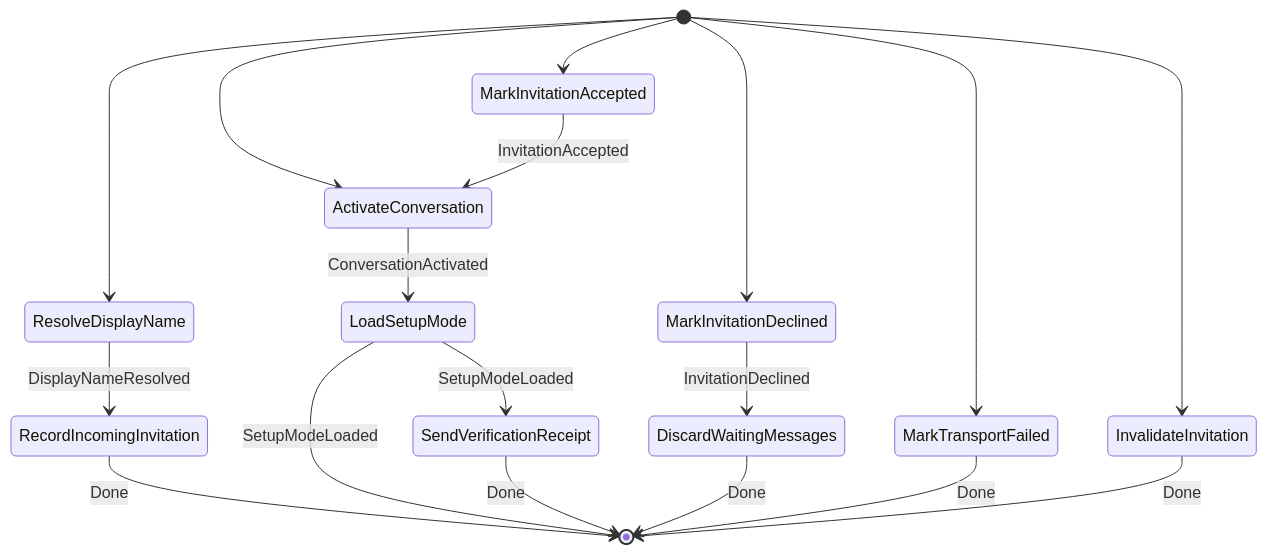
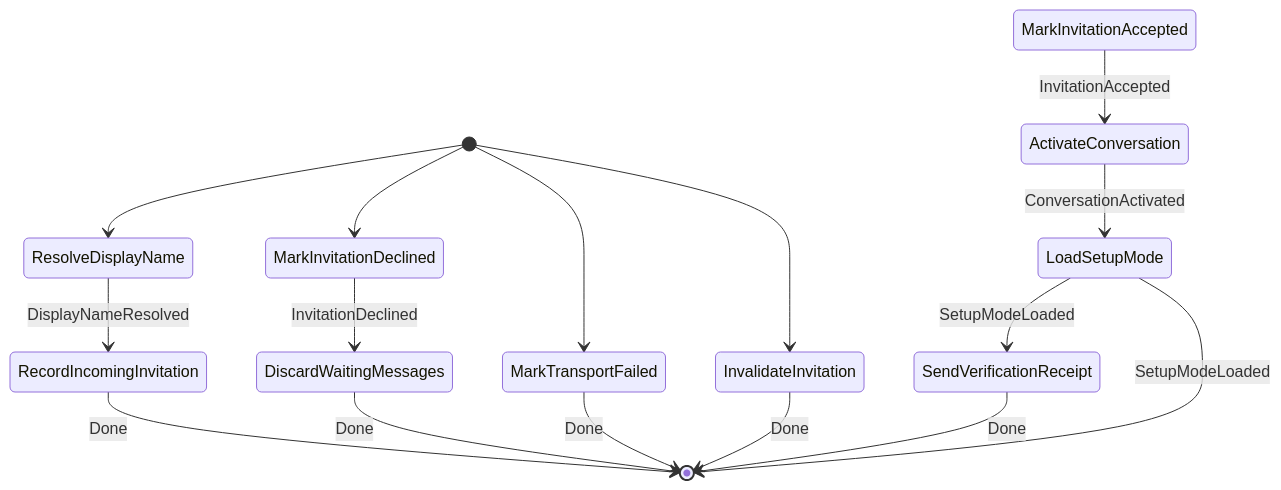
One commit to cbgm/Sparrow changed diagram 13 of 14 in docs/architecture/workflows/lifecycle.md. Above: the diagram before and after it, drawn with Mermaid. The commit also changed other lines of this file and 226 other files, not shown here.

````diff
--- a/docs/architecture/workflows/lifecycle.md
+++ b/docs/architecture/workflows/lifecycle.md
@@ -357,20 +357,18 @@
 ```mermaid
 stateDiagram-v2
     [*] --> ResolveDisplayName
-    [*] --> MarkInvitationAccepted
-    [*] --> ActivateConversation
     [*] --> MarkInvitationDeclined
     [*] --> MarkTransportFailed
     [*] --> InvalidateInvitation
     ResolveDisplayName --> RecordIncomingInvitation : DisplayNameResolved
     RecordIncomingInvitation --> [*] : Done
     MarkInvitationAccepted --> ActivateConversation : InvitationAccepted
     ActivateConversation --> LoadSetupMode : ConversationActivated
     LoadSetupMode --> SendVerificationReceipt : SetupModeLoaded
     LoadSetupMode --> [*] : SetupModeLoaded
     SendVerificationReceipt --> [*] : Done
     MarkInvitationDeclined --> DiscardWaitingMessages : InvitationDeclined
     DiscardWaitingMessages --> [*] : Done
     MarkTransportFailed --> [*] : Done
     InvalidateInvitation --> [*] : Done
 ```
````
